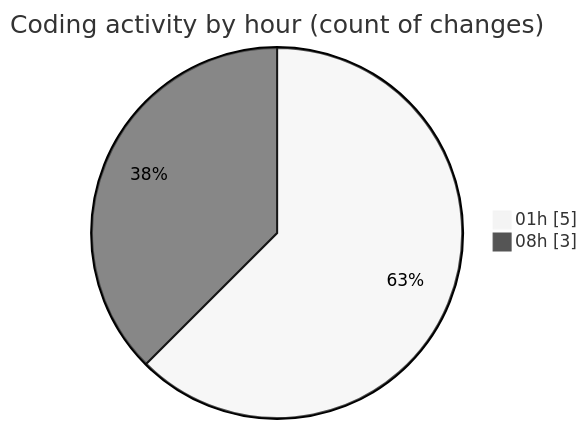
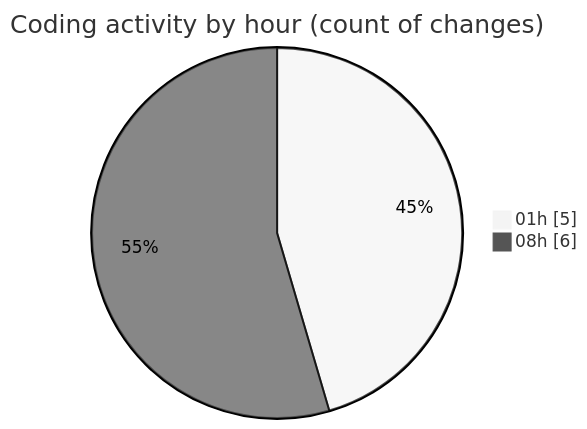
One commit to tmsrecording-cyber/code-tracking changed the second of 2 diagrams in 2026-02-04/singularitybrainai/README.md. Above: the diagram before and after it, drawn with Mermaid (neutral theme). The commit also changed other lines of this file and 1 other file, not shown here.

````diff
--- a/2026-02-04/singularitybrainai/README.md
+++ b/2026-02-04/singularitybrainai/README.md
@@ -30,6 +30,6 @@
 ```mermaid
 pie showData
 title Coding activity by hour (count of changes)
 "01h" : 5
-"08h" : 3
+"08h" : 6
 ```
````
